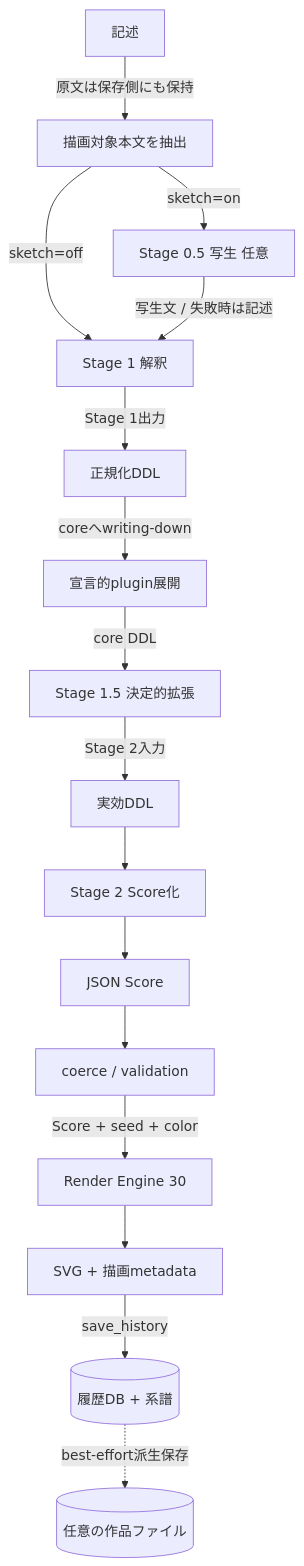
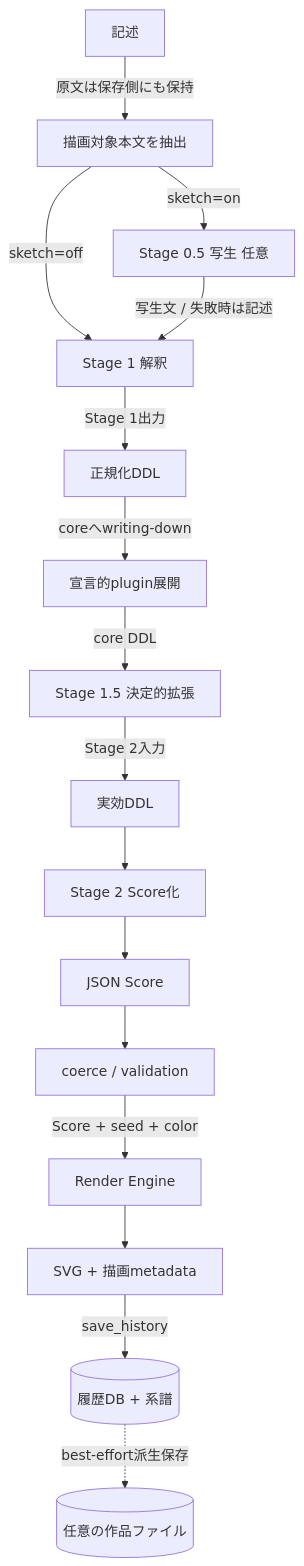
One commit to oikawas/inku-lang changed the first of 3 diagrams in docs/architecture/ddl-processing-pipeline.ja.md. Above: the diagram before and after it, drawn with Mermaid. The commit also changed other lines of this file and 24 other files, not shown here.

First line of the commit message:
docs(architecture): the notes catch up with the tree and two new pairs join the gate

````diff
--- a/docs/architecture/ddl-processing-pipeline.ja.md
+++ b/docs/architecture/ddl-processing-pipeline.ja.md
@@ -19,34 +21,34 @@
 ```mermaid
 flowchart TD
     DESC["記述"]
     LABELS["描画対象本文を抽出"]
     S05["Stage 0.5 写生 任意"]
     S1["Stage 1 解釈"]
     DDL["正規化DDL"]
     PLUGIN["宣言的plugin展開"]
     S15["Stage 1.5 決定的拡張"]
     EFFECTIVE["実効DDL"]
     S2["Stage 2 Score化"]
     SCORE["JSON Score"]
     COERCE["coerce / validation"]
-    RENDER["Render Engine 30"]
+    RENDER["Render Engine"]
     SVG["SVG + 描画metadata"]
     HISTORY[("履歴DB + 系譜")]
     FILES[("任意の作品ファイル")]
 
     DESC -->|"原文は保存側にも保持"| LABELS
     LABELS -->|"sketch=on"| S05
     LABELS -->|"sketch=off"| S1
     S05 -->|"写生文 / 失敗時は記述"| S1
     S1 -->|"Stage 1出力"| DDL
     DDL -->|"coreへwriting-down"| PLUGIN
     PLUGIN -->|"core DDL"| S15
     S15 -->|"Stage 2入力"| EFFECTIVE
     EFFECTIVE --> S2
     S2 --> SCORE
     SCORE --> COERCE
     COERCE -->|"Score + seed + color"| RENDER
     RENDER --> SVG
     SVG -->|"save_history"| HISTORY
     HISTORY -.->|"best-effort派生保存"| FILES
 ```
````
